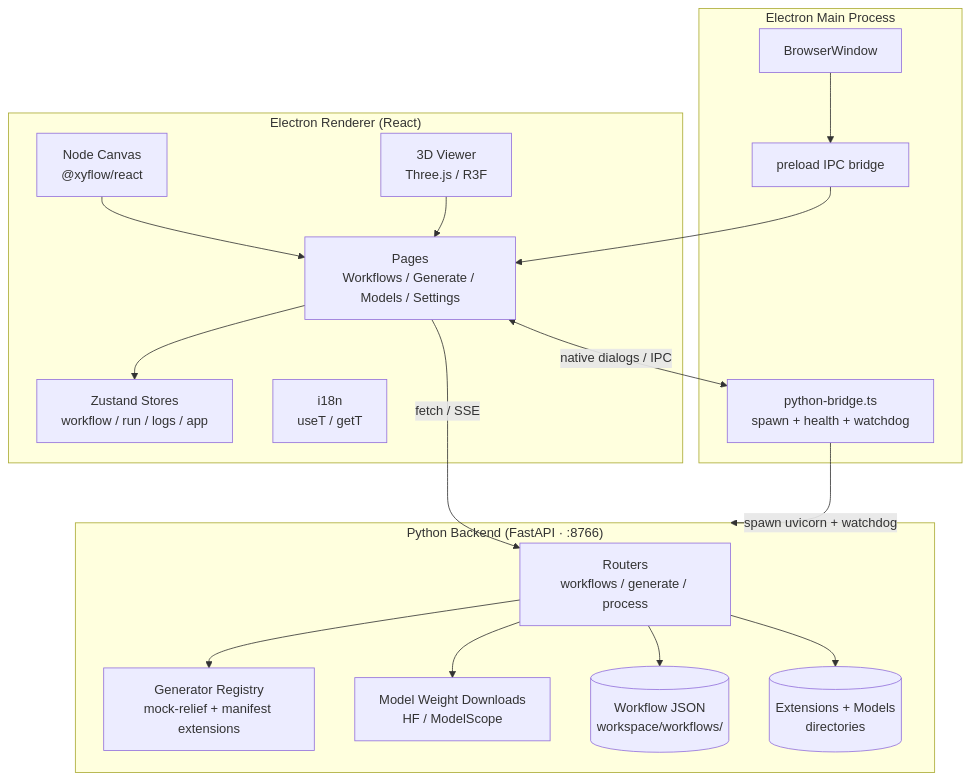
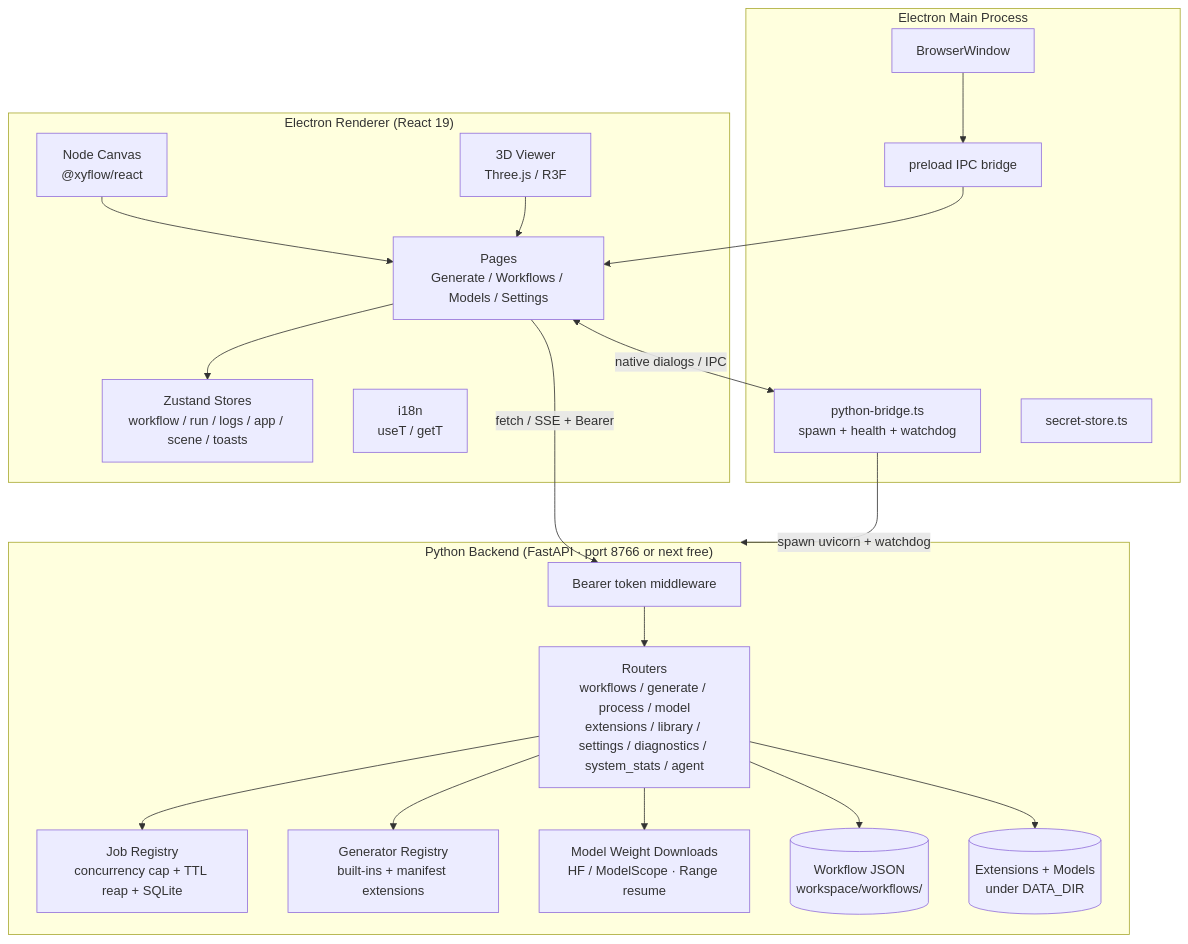
The first of 3 diagrams in README.md (weewrr/Meshforge), drawn with Mermaid before and after one commit. The commit also changed other lines of this file and 78 other files, not shown here.

````diff
--- a/README.md
+++ b/README.md
@@ -81,36 +103,41 @@
 ```mermaid
 flowchart TB
-    subgraph Renderer["Electron Renderer (React)"]
-        UI[Pages<br/>Workflows / Generate / Models / Settings]
+    subgraph Renderer["Electron Renderer (React 19)"]
+        UI[Pages<br/>Generate / Workflows / Models / Settings]
         Canvas[Node Canvas<br/>@xyflow/react]
         Viewer[3D Viewer<br/>Three.js / R3F]
-        Store[Zustand Stores<br/>workflow / run / logs / app]
+        Store[Zustand Stores<br/>workflow / run / logs / app / scene / toasts]
         I18N[i18n<br/>useT / getT]
     end
 
     subgraph Main["Electron Main Process"]
         Win[BrowserWindow]
         Bridge[python-bridge.ts<br/>spawn + health + watchdog]
+        Secret[secret-store.ts]
         IPC[preload IPC bridge]
     end
 
-    subgraph Backend["Python Backend (FastAPI · :8766)"]
-        API[Routers<br/>workflows / generate / process]
-        Registry[Generator Registry<br/>mock-relief + manifest extensions]
-        Model[Model Weight Downloads<br/>HF / ModelScope]
+    subgraph Backend["Python Backend (FastAPI · port 8766 or next free)"]
+        Auth[Bearer token middleware]
+        API[Routers<br/>workflows / generate / process / model<br/>extensions / library / settings / diagnostics / system_stats / agent]
+        Jobs[Job Registry<br/>concurrency cap + TTL reap + SQLite]
+        Registry[Generator Registry<br/>built-ins + manifest extensions]
+        Model[Model Weight Downloads<br/>HF / ModelScope · Range resume]
         Repo[(Workflow JSON<br/>workspace/workflows/)]
-        ExtDir[(Extensions + Models<br/>directories)]
+        ExtDir[(Extensions + Models<br/>under DATA_DIR)]
     end
 
     UI --> Store
     Canvas --> UI
     Viewer --> UI
-    UI -->|fetch / SSE| API
+    UI -->|fetch / SSE + Bearer| Auth
+    Auth --> API
+    API --> Jobs
     API --> Registry
     API --> Model
     API --> Repo
     API --> ExtDir
     UI <-->|native dialogs / IPC| Bridge
     Bridge -->|spawn uvicorn + watchdog| Backend
     Win --> IPC --> UI
 ```
````
